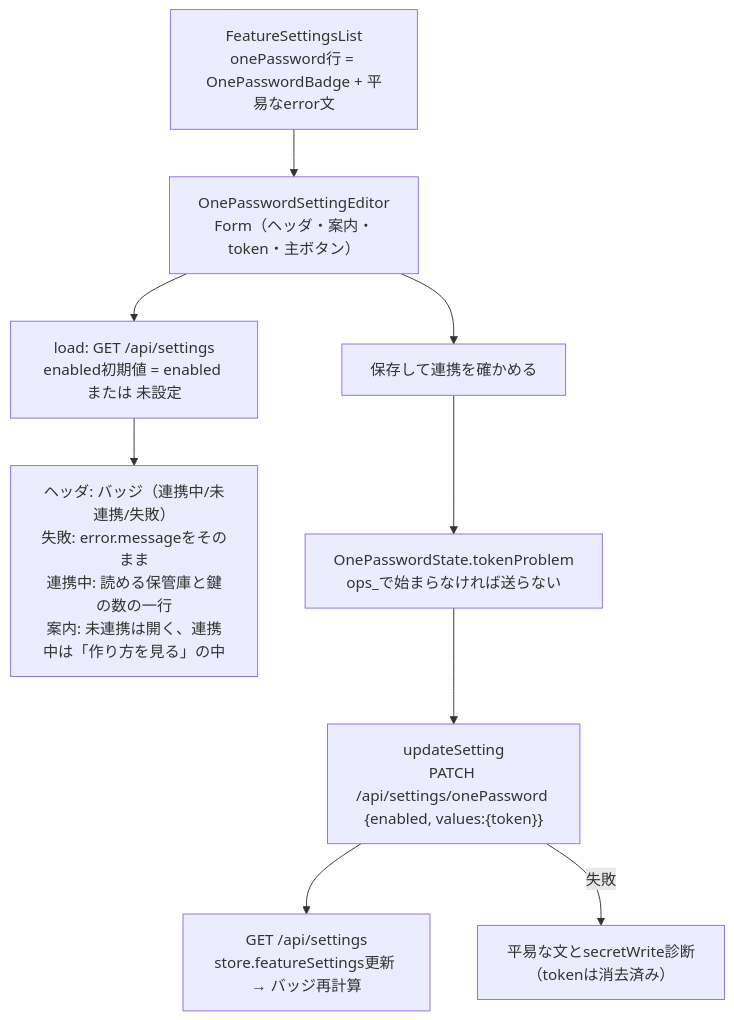
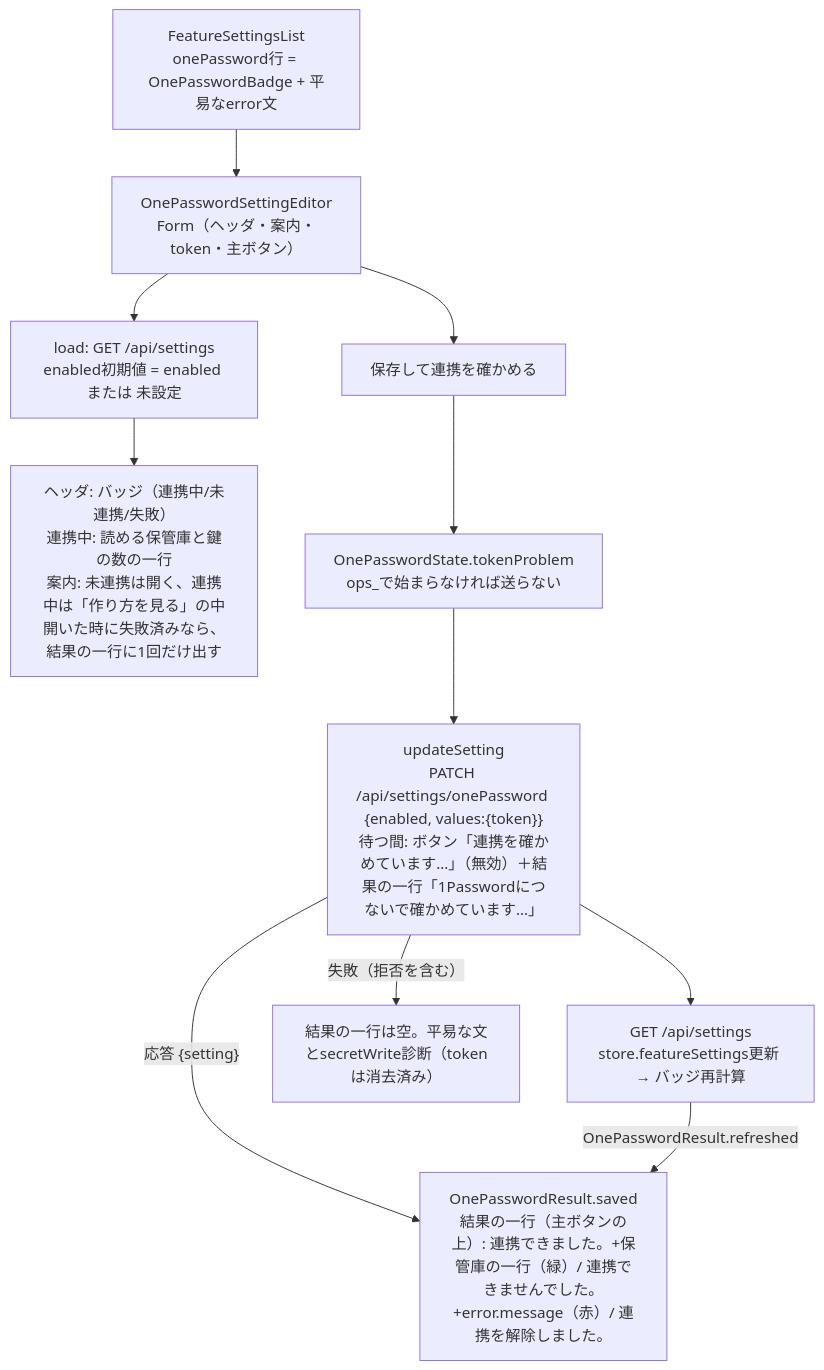
The fourth of 6 diagrams in docs/architecture/modules/apple/settings-and-profile.md (kitepon/BellTeam), drawn with Mermaid before and after one commit. The commit also changed other lines of this file and 6 other files, not shown here.

Commit message:
Apple: 1Password settings show the check's one result line like Web

````diff
--- a/docs/architecture/modules/apple/settings-and-profile.md
+++ b/docs/architecture/modules/apple/settings-and-profile.md
@@ -98,11 +98,13 @@
 ```mermaid
 flowchart TD
   List["FeatureSettingsList<br/>onePassword行 = OnePasswordBadge + 平易なerror文"] --> Editor["OnePasswordSettingEditor<br/>Form（ヘッダ・案内・token・主ボタン）"]
   Editor --> Load["load: GET /api/settings<br/>enabled初期値 = enabled または 未設定"]
-  Load --> View["ヘッダ: バッジ（連携中/未連携/失敗）<br/>失敗: error.messageをそのまま<br/>連携中: 読める保管庫と鍵の数の一行<br/>案内: 未連携は開く、連携中は「作り方を見る」の中"]
+  Load --> View["ヘッダ: バッジ（連携中/未連携/失敗）<br/>連携中: 読める保管庫と鍵の数の一行<br/>案内: 未連携は開く、連携中は「作り方を見る」の中<br/>開いた時に失敗済みなら、結果の一行に1回だけ出す"]
   Editor --> Save["保存して連携を確かめる"]
   Save --> Check["OnePasswordState.tokenProblem<br/>ops_で始まらなければ送らない"]
-  Check --> Patch["updateSetting<br/>PATCH /api/settings/onePassword {enabled, values:{token}}"]
+  Check --> Patch["updateSetting<br/>PATCH /api/settings/onePassword {enabled, values:{token}}<br/>待つ間: ボタン「連携を確かめています…」（無効）＋結果の一行「1Passwordにつないで確かめています…」"]
+  Patch -->|"応答 {setting}"| Line["OnePasswordResult.saved<br/>結果の一行（主ボタンの上）: 連携できました。+保管庫の一行（緑）/ 連携できませんでした。+error.message（赤）/ 連携を解除しました。"]
   Patch --> Reload["GET /api/settings<br/>store.featureSettings更新 → バッジ再計算"]
-  Patch -->|"失敗"| Err["平易な文とsecretWrite診断（tokenは消去済み）"]
+  Reload -->|"OnePasswordResult.refreshed"| Line
+  Patch -->|"失敗（拒否を含む）"| Err["結果の一行は空。平易な文とsecretWrite診断（tokenは消去済み）"]
 ```
````
